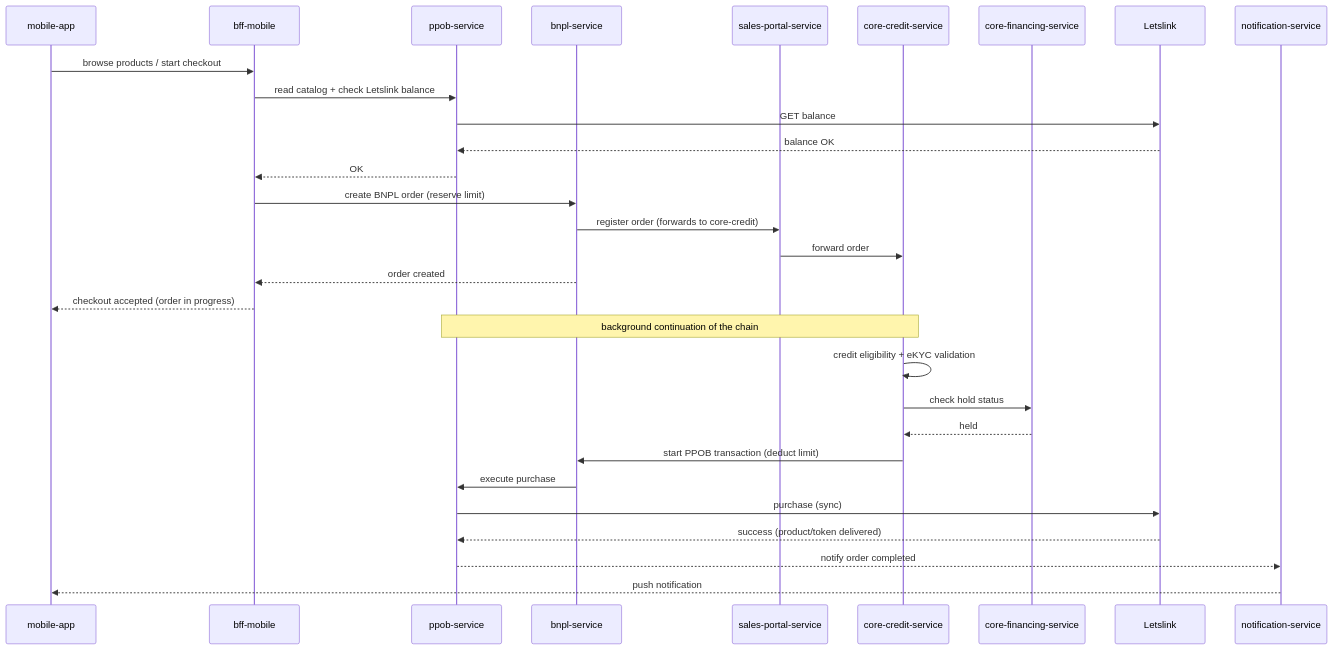
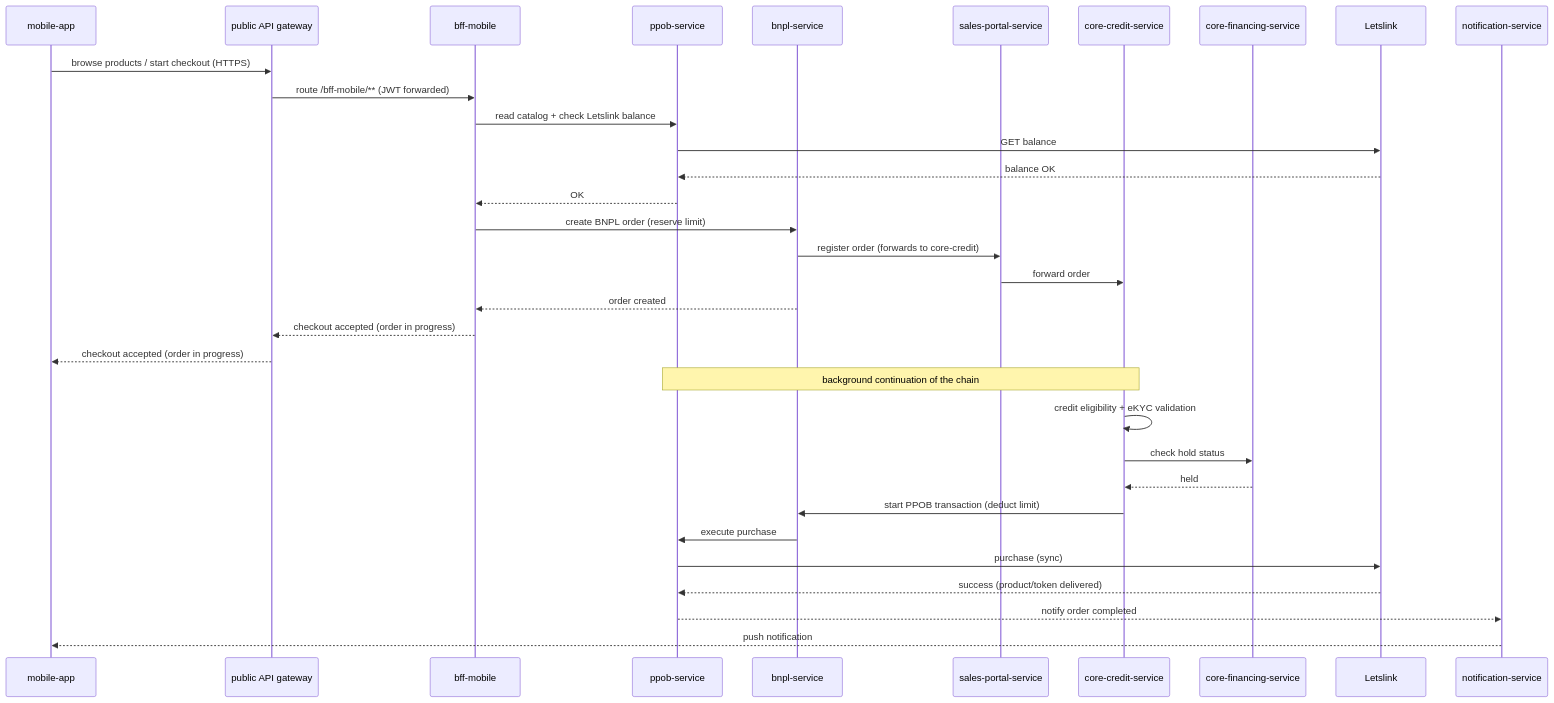
Before and after one commit to NaufalA/system-design: the second of 3 diagrams in designs/ppob-bnpl-pilot/01-architecture.md, drawn with Mermaid. The commit also changed other lines of this file and 7 other files, not shown here.

First line of the commit message:
ppob-bnpl-pilot: per-application API format, gateway exposure, mTLS, diagram fixes

````diff
--- a/designs/ppob-bnpl-pilot/01-architecture.md
+++ b/designs/ppob-bnpl-pilot/01-architecture.md
@@ -59,34 +62,37 @@
 ```mermaid
 sequenceDiagram
     participant app as mobile-app
+    participant gw as public API gateway
     participant bff as bff-mobile
     participant ppob as ppob-service
     participant bnpl as bnpl-service
     participant sp as sales-portal-service
     participant cc as core-credit-service
     participant cf as core-financing-service
     participant ll as Letslink
     participant ns as notification-service
 
-    app->>bff: browse products / start checkout
+    app->>gw: browse products / start checkout (HTTPS)
+    gw->>bff: route /bff-mobile/** (JWT forwarded)
     bff->>ppob: read catalog + check Letslink balance
     ppob->>ll: GET balance
     ll-->>ppob: balance OK
     ppob-->>bff: OK
     bff->>bnpl: create BNPL order (reserve limit)
     bnpl->>sp: register order (forwards to core-credit)
     sp->>cc: forward order
     bnpl-->>bff: order created
-    bff-->>app: checkout accepted (order in progress)
+    bff-->>gw: checkout accepted (order in progress)
+    gw-->>app: checkout accepted (order in progress)
 
     Note over cc,ppob: background continuation of the chain
     cc->>cc: credit eligibility + eKYC validation
     cc->>cf: check hold status
     cf-->>cc: held
     cc->>bnpl: start PPOB transaction (deduct limit)
     bnpl->>ppob: execute purchase
     ppob->>ll: purchase (sync)
     ll-->>ppob: success (product/token delivered)
     ppob-->>ns: notify order completed
     ns-->>app: push notification
 ```
````
